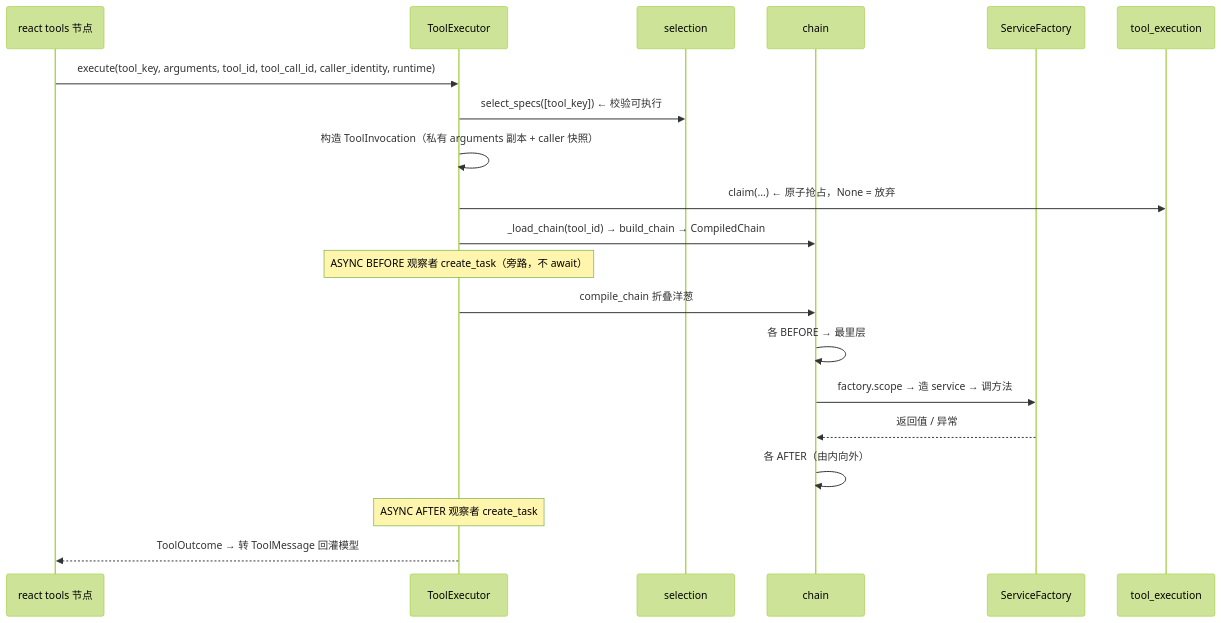
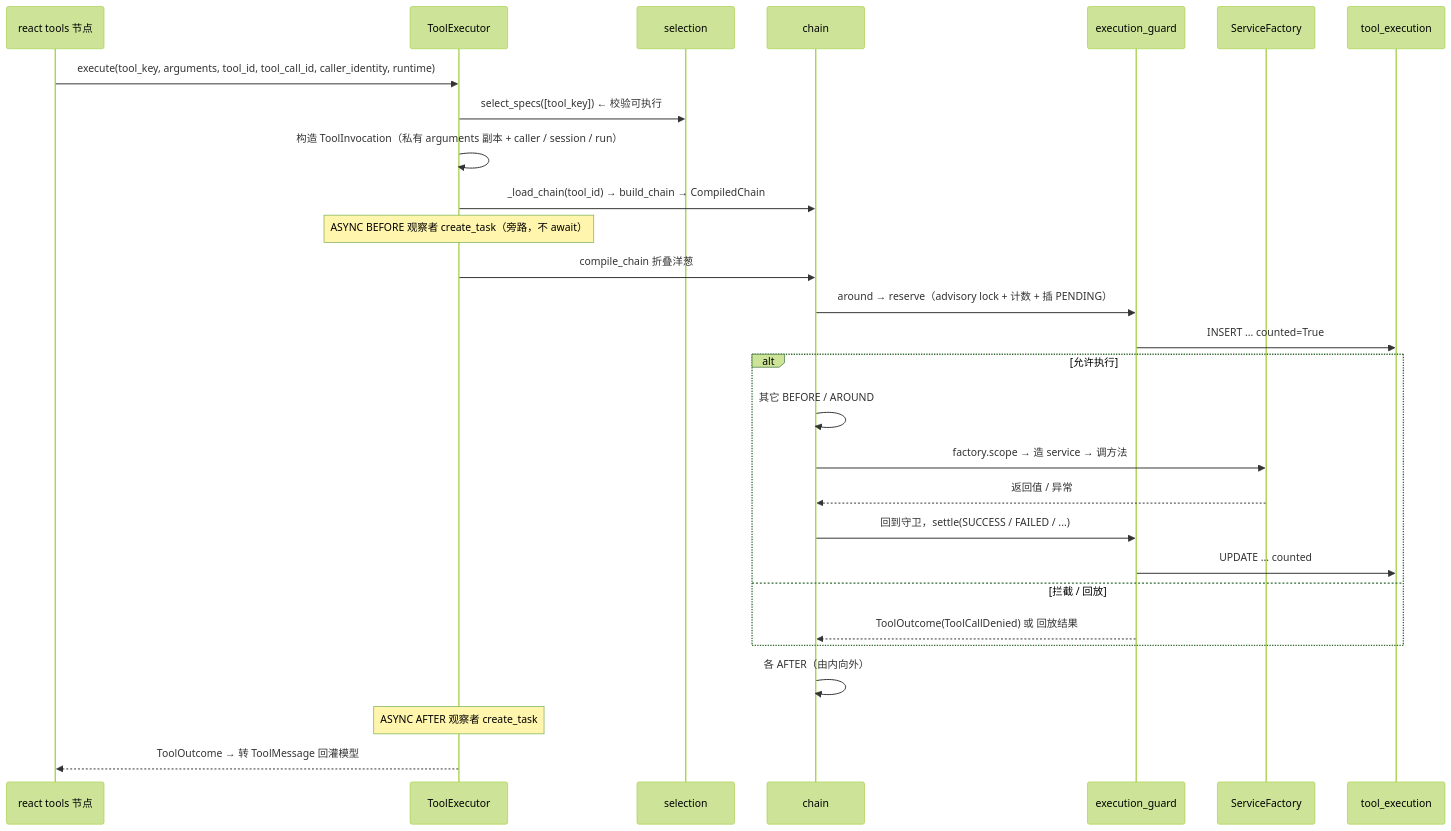
The second of 2 diagrams in README_TOOL.md (wenbyin/YTraderHarness), drawn with Mermaid (forest theme) before and after one commit. The commit also changed other lines of this file and 355 other files, not shown here.

First line of the commit message:
补齐 planner / subagent 双图与 skill、stress 服务，落地追踪与工具拦截器

````diff
--- a/README_TOOL.md
+++ b/README_TOOL.md
@@ -478,23 +647,31 @@
 ```mermaid
 sequenceDiagram
     participant N as react tools 节点
     participant E as ToolExecutor
     participant S as selection
     participant C as chain
+    participant G as execution_guard
     participant F as ServiceFactory
     participant DB as tool_execution
 
     N->>E: execute(tool_key, arguments, tool_id, tool_call_id, caller_identity, runtime)
     E->>S: select_specs([tool_key])  ← 校验可执行
-    E->>E: 构造 ToolInvocation（私有 arguments 副本 + caller 快照）
-    E->>DB: claim(...)  ← 原子抢占，None = 放弃
+    E->>E: 构造 ToolInvocation（私有 arguments 副本 + caller / session / run）
     E->>C: _load_chain(tool_id) → build_chain → CompiledChain
     Note over E: ASYNC BEFORE 观察者 create_task（旁路，不 await）
     E->>C: compile_chain 折叠洋葱
-    C->>C: 各 BEFORE → 最里层
-    C->>F: factory.scope → 造 service → 调方法
-    F-->>C: 返回值 / 异常
+    C->>G: around → reserve（advisory lock + 计数 + 插 PENDING）
+    G->>DB: INSERT ... counted=True
+    alt 允许执行
+        C->>C: 其它 BEFORE / AROUND
+        C->>F: factory.scope → 造 service → 调方法
+        F-->>C: 返回值 / 异常
+        C->>G: 回到守卫，settle(SUCCESS / FAILED / ...)
+        G->>DB: UPDATE ... counted
+    else 拦截 / 回放
+        G-->>C: ToolOutcome(ToolCallDenied) 或 回放结果
+    end
     C->>C: 各 AFTER（由内向外）
     Note over E: ASYNC AFTER 观察者 create_task
     E-->>N: ToolOutcome → 转 ToolMessage 回灌模型
 ```
````
